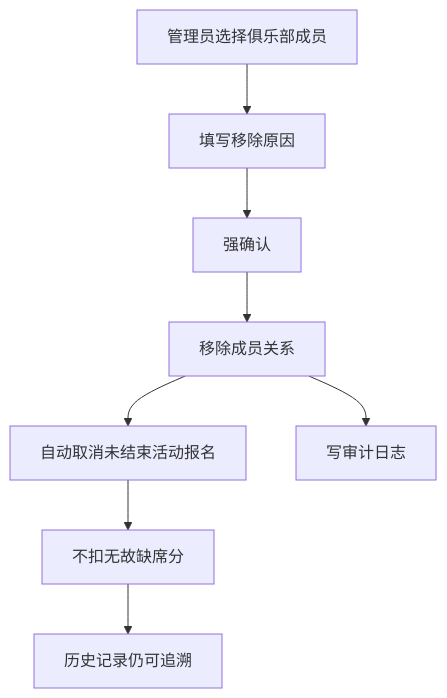
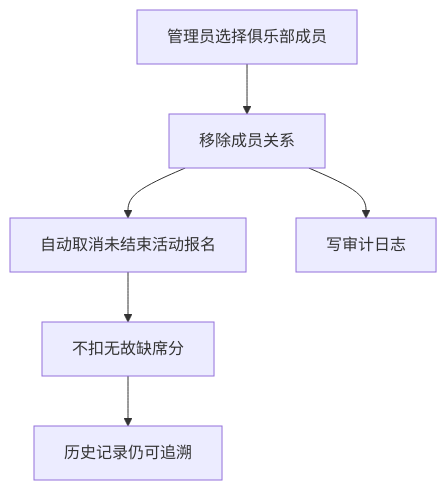
One commit to KianaMei/points changed the fourth of 41 diagrams in docs/club-points-flow-design.md. Above: the diagram before and after it, drawn with Mermaid. The commit also changed other lines of this file and 2661 other files, not shown here.

````diff
--- a/docs/club-points-flow-design.md
+++ b/docs/club-points-flow-design.md
@@ -129,18 +110,16 @@
 ```mermaid
 flowchart TD
-    accTitle: Member Removal Flow
-    accDescr: Only system administrators can remove club members; unfinished registrations are cancelled and no absence deduction is generated.
+    accTitle: 成员移除流程
+    accDescr: 展示只有系统管理员可以移除俱乐部成员，未完成报名会自动取消且不产生缺席扣分。
 
     admin_select["管理员选择俱乐部成员"]
-    input_reason["填写移除原因"]
-    confirm["强确认"]
     remove["移除成员关系"]
     cancel_future["自动取消未结束活动报名"]
     no_absent["不扣无故缺席分"]
     audit["写审计日志"]
     history["历史记录仍可追溯"]
 
-    admin_select --> input_reason --> confirm --> remove
+    admin_select --> remove
     remove --> cancel_future --> no_absent --> history
     remove --> audit
 ```
````
